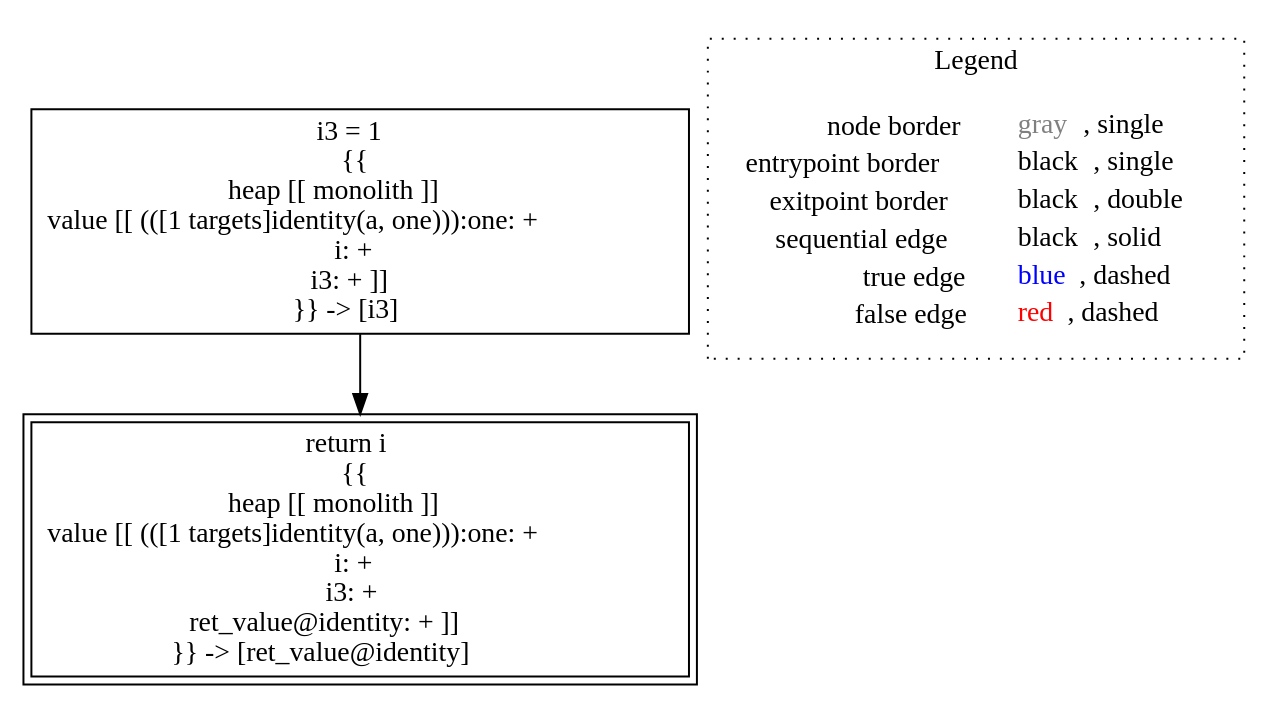
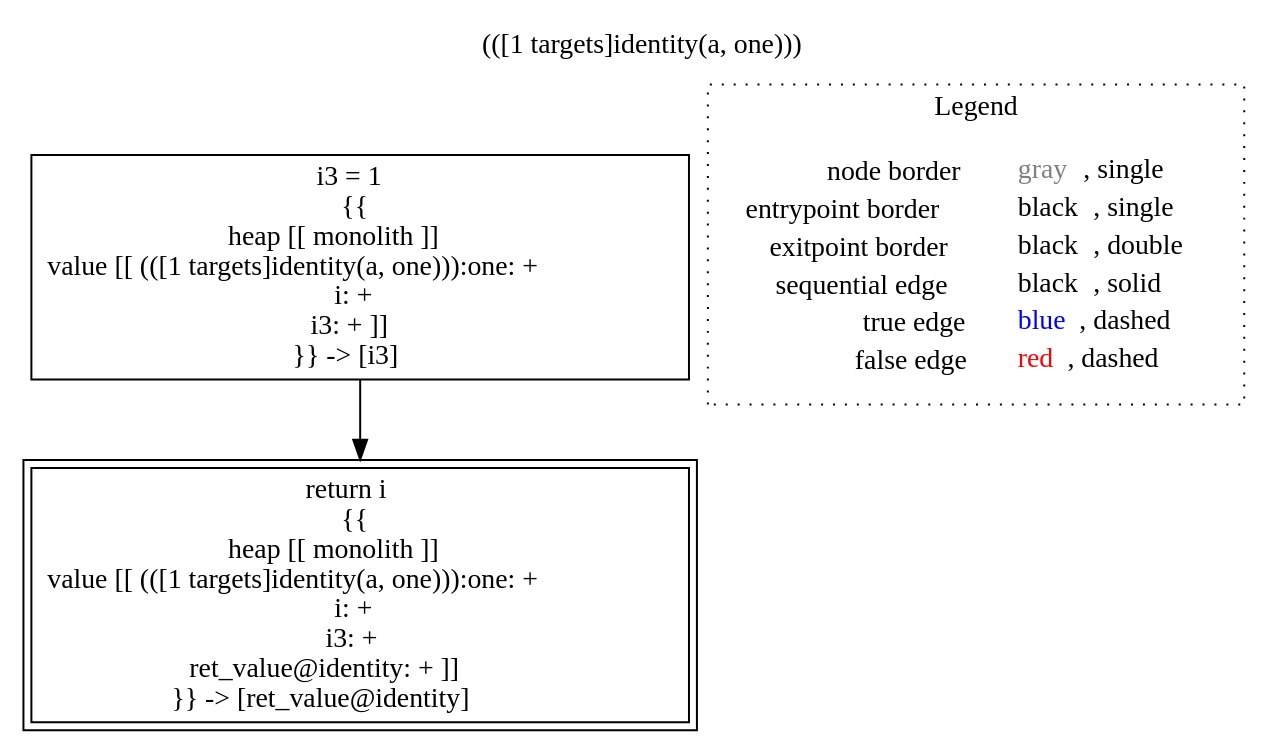
The diagram in lisa/imp-testcases/interprocedural/RTAContextSensitive2/analysis___928983507_untyped_A.identity(A_this,_untyped_i).dot (lisa-analyzer/lisa), drawn with Graphviz before and after one commit. The commit also changed 12 other files, not shown here.

```diff
--- a/lisa/imp-testcases/interprocedural/RTAContextSensitive2/analysis___928983507_untyped_A.identity(A_this,_untyped_i).dot
+++ b/lisa/imp-testcases/interprocedural/RTAContextSensitive2/analysis___928983507_untyped_A.identity(A_this,_untyped_i).dot
@@ -1,12 +1,14 @@
 digraph {
+	labelloc="t";
+	label="(([1 targets]identity(a, one)))";
 	"node0" [shape="rect",color="black",label=<i3 = 1<BR/>{{<BR/>heap [[ monolith ]]<BR/>value [[ (([1 targets]identity(a, one))):one: +<BR/>i: +<BR/>i3: + ]]<BR/>}} -&gt; [i3]>];
 	"node1" [shape="rect",color="black",peripheries="2",label=<return i<BR/>{{<BR/>heap [[ monolith ]]<BR/>value [[ (([1 targets]identity(a, one))):one: +<BR/>i: +<BR/>i3: +<BR/>ret_value@identity: + ]]<BR/>}} -&gt; [ret_value@identity]>];
 	"node0" -> "node1" [color="black"];
 subgraph cluster_legend {
 	label="Legend";
 	style=dotted;
 	node [shape=plaintext];
 	"legend" [label=<<table border="0" cellpadding="2" cellspacing="0" cellborder="0"><tr><td align="right">node border&nbsp;</td><td align="left"><font color="gray">gray</font>, single</td></tr><tr><td align="right">entrypoint border&nbsp;</td><td align="left"><font color="black">black</font>, single</td></tr><tr><td align="right">exitpoint border&nbsp;</td><td align="left"><font color="black">black</font>, double</td></tr><tr><td align="right">sequential edge&nbsp;</td><td align="left"><font color="black">black</font>, solid</td></tr><tr><td align="right">true edge&nbsp;</td><td align="left"><font color="blue">blue</font>, dashed</td></tr><tr><td align="right">false edge&nbsp;</td><td align="left"><font color="red">red</font>, dashed</td></tr></table>>];
 }
 
 }
```
